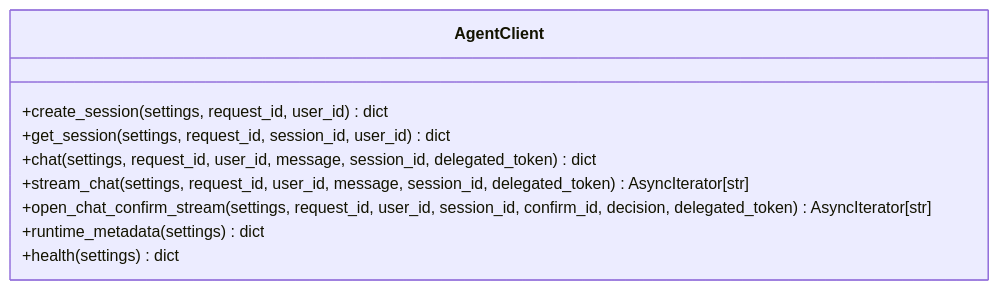
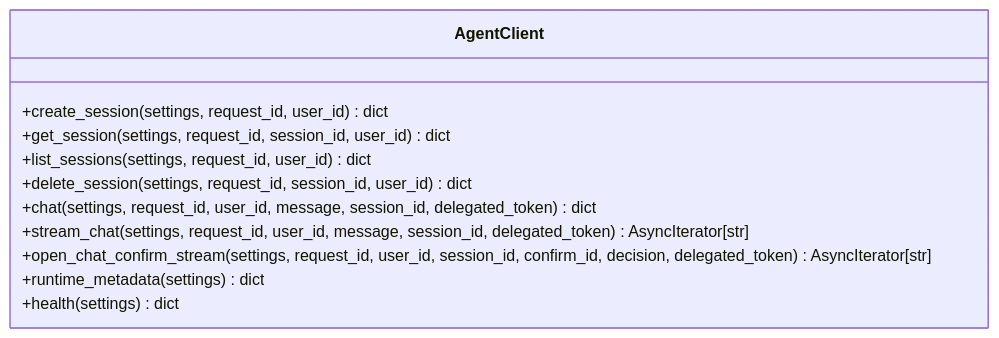
Before and after one commit to metasync/luban-aiops: diagram 13 of 18 in .qoder/repowiki/en/content/Architecture Documentation/Platform Gateway Service.md, drawn with Mermaid. The commit also changed other lines of this file and 33 other files, not shown here.

````diff
--- a/.qoder/repowiki/en/content/Architecture Documentation/Platform Gateway Service.md
+++ b/.qoder/repowiki/en/content/Architecture Documentation/Platform Gateway Service.md
@@ -649,12 +794,14 @@
 ```mermaid
 classDiagram
 class AgentClient {
 +create_session(settings, request_id, user_id) dict
 +get_session(settings, request_id, session_id, user_id) dict
++list_sessions(settings, request_id, user_id) dict
++delete_session(settings, request_id, session_id, user_id) dict
 +chat(settings, request_id, user_id, message, session_id, delegated_token) dict
 +stream_chat(settings, request_id, user_id, message, session_id, delegated_token) AsyncIterator[str]
 +open_chat_confirm_stream(settings, request_id, user_id, session_id, confirm_id, decision, delegated_token) AsyncIterator[str]
 +runtime_metadata(settings) dict
 +health(settings) dict
 }
 ```
````
